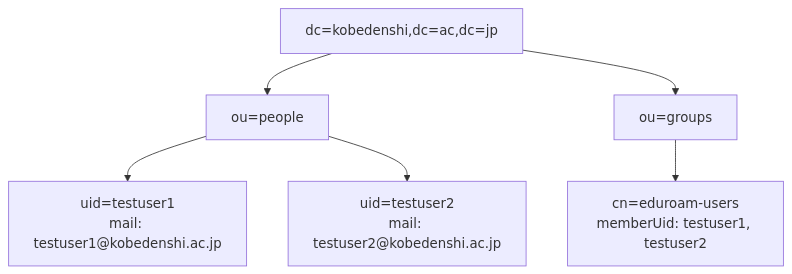
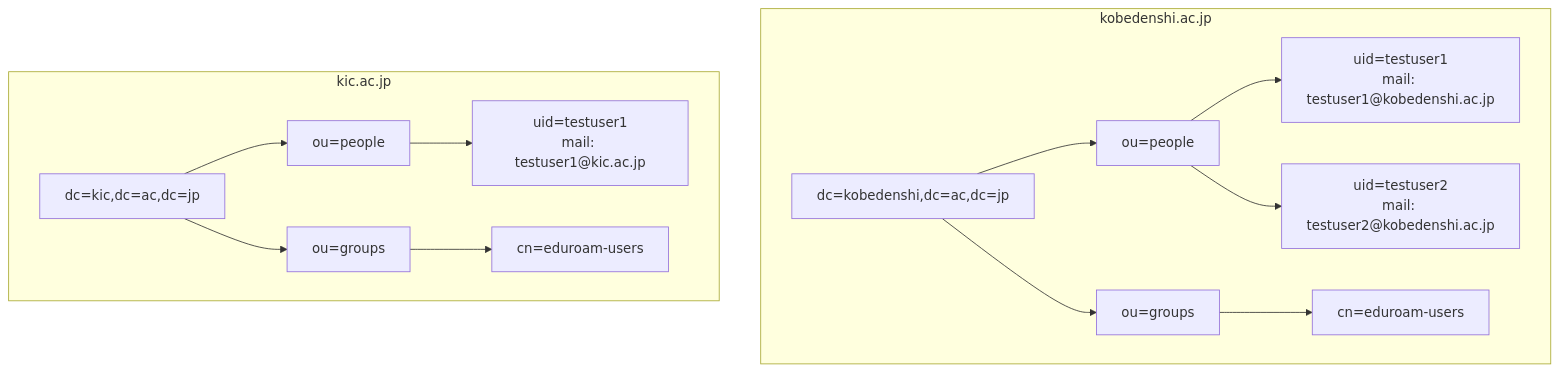
Before and after one commit to yuu61/eduroam-docker: the eighth of 9 diagrams in docs/infrastructure/architecture.md, drawn with Mermaid. The commit also changed other lines of this file and 13 other files, not shown here.

````diff
--- a/docs/infrastructure/architecture.md
+++ b/docs/infrastructure/architecture.md
@@ -195,15 +195,30 @@
 ```mermaid
 graph TD
-    ROOT["dc=kobedenshi,dc=ac,dc=jp"]
-    PEOPLE["ou=people"]
-    GROUPS["ou=groups"]
-    U1["uid=testuser1<br>mail: testuser1@kobedenshi.ac.jp"]
-    U2["uid=testuser2<br>mail: testuser2@kobedenshi.ac.jp"]
-    G1["cn=eduroam-users<br>memberUid: testuser1, testuser2"]
+    subgraph "kobedenshi.ac.jp"
+        ROOT_KD["dc=kobedenshi,dc=ac,dc=jp"]
+        PEOPLE_KD["ou=people"]
+        GROUPS_KD["ou=groups"]
+        U1["uid=testuser1<br>mail: testuser1@kobedenshi.ac.jp"]
+        U2["uid=testuser2<br>mail: testuser2@kobedenshi.ac.jp"]
+        G1["cn=eduroam-users"]
 
-    ROOT --> PEOPLE
-    ROOT --> GROUPS
-    PEOPLE --> U1
-    PEOPLE --> U2
-    GROUPS --> G1
+        ROOT_KD --> PEOPLE_KD
+        ROOT_KD --> GROUPS_KD
+        PEOPLE_KD --> U1
+        PEOPLE_KD --> U2
+        GROUPS_KD --> G1
+    end
+
+    subgraph "kic.ac.jp"
+        ROOT_KIC["dc=kic,dc=ac,dc=jp"]
+        PEOPLE_KIC["ou=people"]
+        GROUPS_KIC["ou=groups"]
+        U3["uid=testuser1<br>mail: testuser1@kic.ac.jp"]
+        G2["cn=eduroam-users"]
+
+        ROOT_KIC --> PEOPLE_KIC
+        ROOT_KIC --> GROUPS_KIC
+        PEOPLE_KIC --> U3
+        GROUPS_KIC --> G2
+    end
 ```
````
